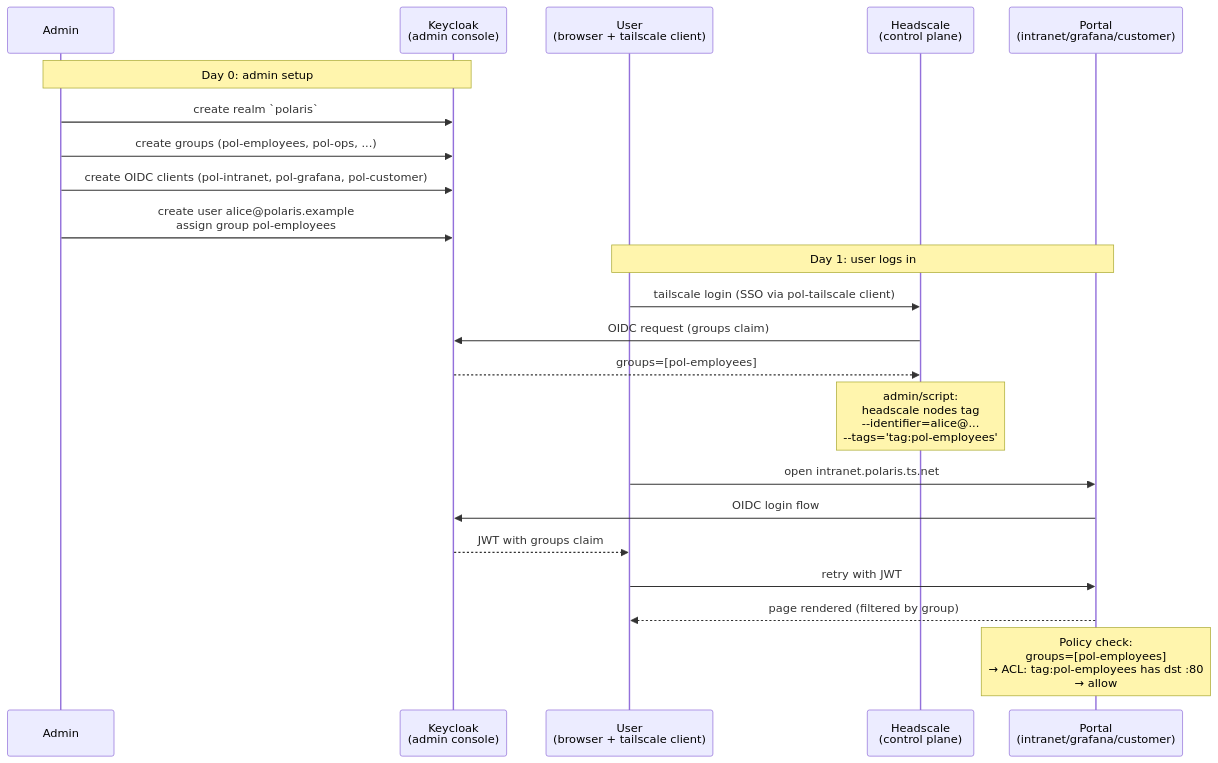
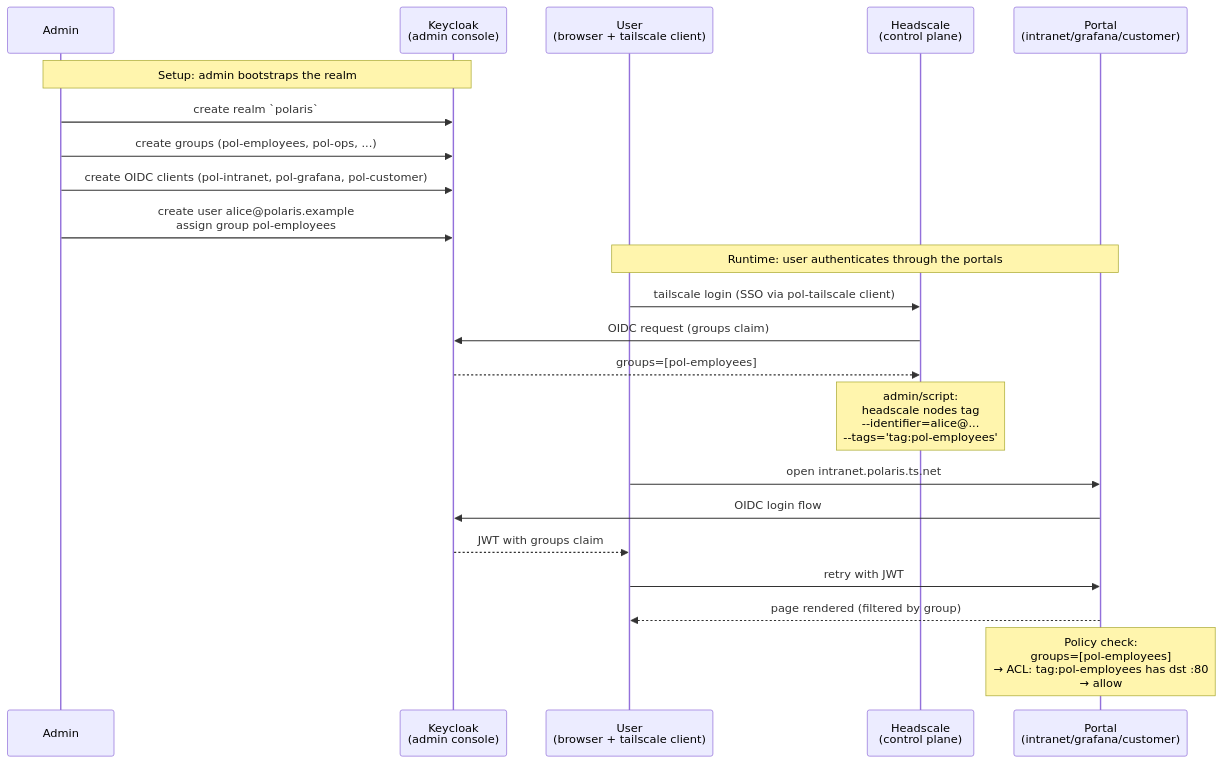
One commit to cmarin78/polaris-poc changed the diagram in docs/diagrams/idp-flow.mmd. Above: the diagram before and after it, drawn with Mermaid. The commit also changed 6 other files, not shown here.

```diff
--- a/docs/diagrams/idp-flow.mmd
+++ b/docs/diagrams/idp-flow.mmd
@@ -1,26 +1,26 @@
 sequenceDiagram
     participant Admin
     participant KC as Keycloak<br/>(admin console)
     participant U as User<br/>(browser + tailscale client)
     participant TS as Headscale<br/>(control plane)
     participant P as Portal<br/>(intranet/grafana/customer)
 
-    Note over Admin,KC: Day 0: admin setup
+    Note over Admin,KC: Setup: admin bootstraps the realm
     Admin->>KC: create realm `polaris`
     Admin->>KC: create groups (pol-employees, pol-ops, ...)
     Admin->>KC: create OIDC clients (pol-intranet, pol-grafana, pol-customer)
     Admin->>KC: create user alice@polaris.example<br/>assign group pol-employees
 
-    Note over U,P: Day 1: user logs in
+    Note over U,P: Runtime: user authenticates through the portals
     U->>TS: tailscale login (SSO via pol-tailscale client)
     TS->>KC: OIDC request (groups claim)
     KC-->>TS: groups=[pol-employees]
     Note over TS: admin/script:<br/>headscale nodes tag<br/>--identifier=alice@...<br/>--tags='tag:pol-employees'
 
     U->>P: open intranet.polaris.ts.net
     P->>KC: OIDC login flow
     KC-->>U: JWT with groups claim
     U->>P: retry with JWT
     P-->>U: page rendered (filtered by group)
 
     Note over P: Policy check:<br/>groups=[pol-employees]<br/>→ ACL: tag:pol-employees has dst :80<br/>→ allow
```
